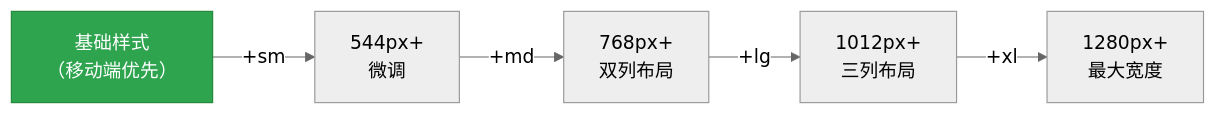
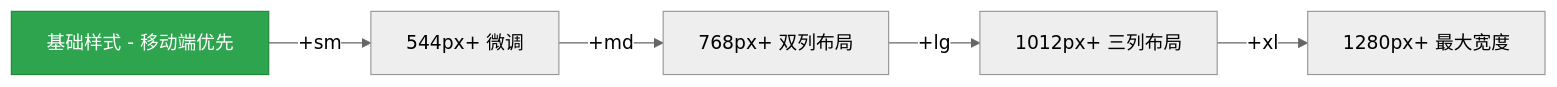
One commit to Cleam/primer-css changed the third of 3 diagrams in learn/07-layout.md. Above: the diagram before and after it, drawn with Mermaid (neutral theme). The commit also changed other lines of this file and 10 other files, not shown here.

First line of the commit message:
Fix mermaid diagram syntax for GitHub rendering compatibility

````diff
--- a/learn/07-layout.md
+++ b/learn/07-layout.md
@@ -281,9 +281,9 @@
 ```mermaid
 graph LR
-    A["基础样式<br/>（移动端优先）"] -->|"+sm"| B["544px+<br/>微调"]
-    B -->|"+md"| C["768px+<br/>双列布局"]
-    C -->|"+lg"| D["1012px+<br/>三列布局"]
-    D -->|"+xl"| E["1280px+<br/>最大宽度"]
+    A["基础样式 - 移动端优先"] -->|"+sm"| B["544px+ 微调"]
+    B -->|"+md"| C["768px+ 双列布局"]
+    C -->|"+lg"| D["1012px+ 三列布局"]
+    D -->|"+xl"| E["1280px+ 最大宽度"]
 
     style A fill:#2ea44f,stroke:#218838,color:#fff
 ```
````
